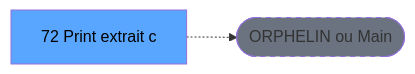
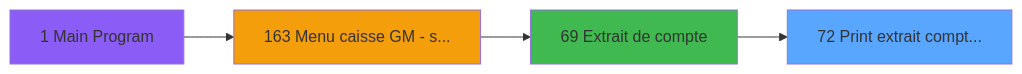
One commit to thonyAGP/magic-migration changed the third of 4 diagrams in .openspec/specs/ADH-IDE-72.md. Above: the diagram before and after it, drawn with Mermaid. The commit also changed other lines of this file and 253 other files, not shown here.

````diff
--- a/.openspec/specs/ADH-IDE-72.md
+++ b/.openspec/specs/ADH-IDE-72.md
@@ -122,8 +1363,14 @@
 ```mermaid
 graph LR
-    T[72 Print extrait c]
-    ORPHAN([ORPHELIN ou Main])
-    T -.-> ORPHAN
-    style T fill:#58a6ff,color:#000
-    style ORPHAN fill:#6b7280,stroke-dasharray: 5 5
+    T72[72 Print extrait compt...]
+    style T72 fill:#58a6ff
+    CC1[1 Main Program]
+    style CC1 fill:#8b5cf6
+    CC163[163 Menu caisse GM - s...]
+    style CC163 fill:#f59e0b
+    CC69[69 Extrait de compte]
+    style CC69 fill:#3fb950
+    CC163 --> CC69
+    CC1 --> CC163
+    CC69 --> T72
 ```
````
